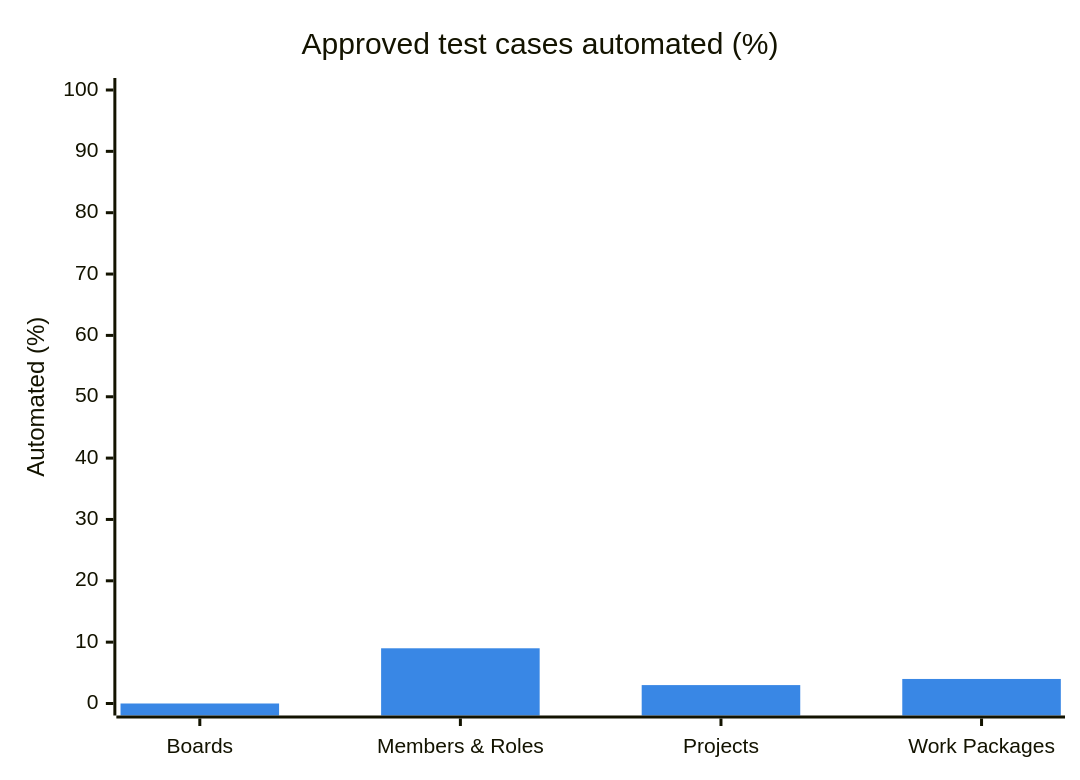
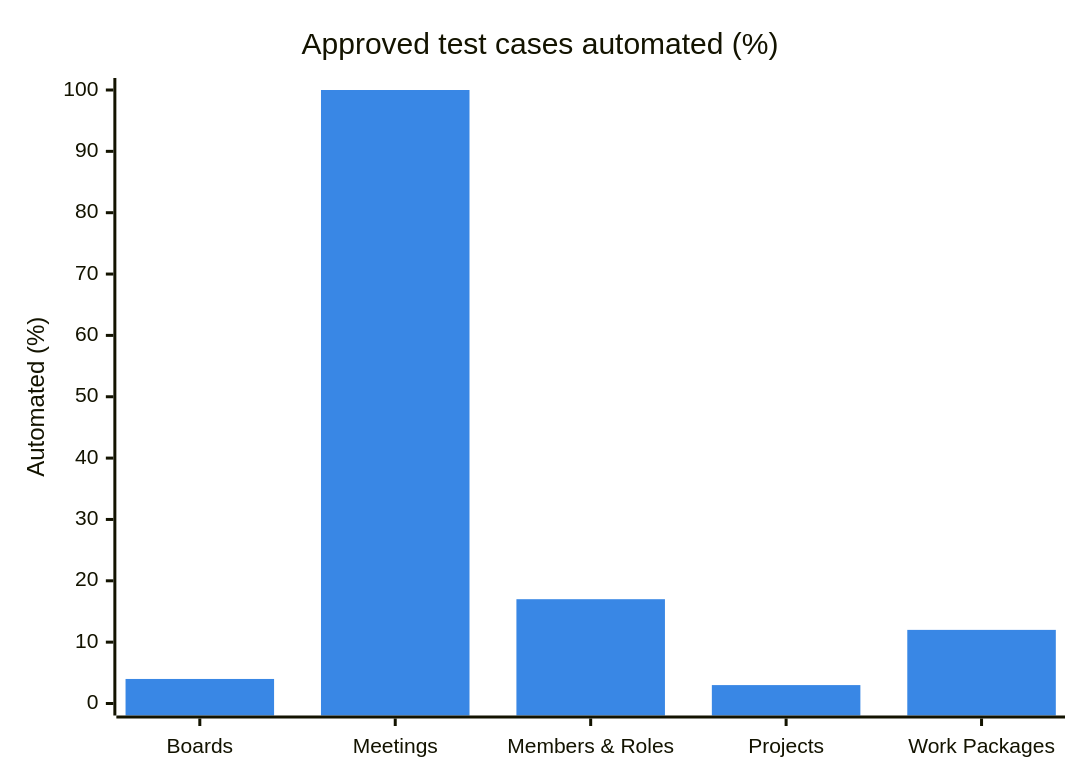
The first of 4 diagrams in specs/product/vault/Dashboard.md (Top-Q/playwright-typescript), drawn with Mermaid before and after one commit. The commit also changed other lines of this file and 31 other files, not shown here.

````diff
--- a/specs/product/vault/Dashboard.md
+++ b/specs/product/vault/Dashboard.md
@@ -23,8 +23,8 @@
 ```mermaid
 %%{init: {"themeVariables":{"xyChart":{"plotColorPalette":"#3987e5"}}}}%%
 xychart-beta
     title "Approved test cases automated (%)"
-    x-axis ["Boards", "Members & Roles", "Projects", "Work Packages"]
+    x-axis ["Boards", "Meetings", "Members & Roles", "Projects", "Work Packages"]
     y-axis "Automated (%)" 0 --> 100
-    bar [0, 9, 3, 4]
+    bar [4, 100, 17, 3, 12]
 ```
````
